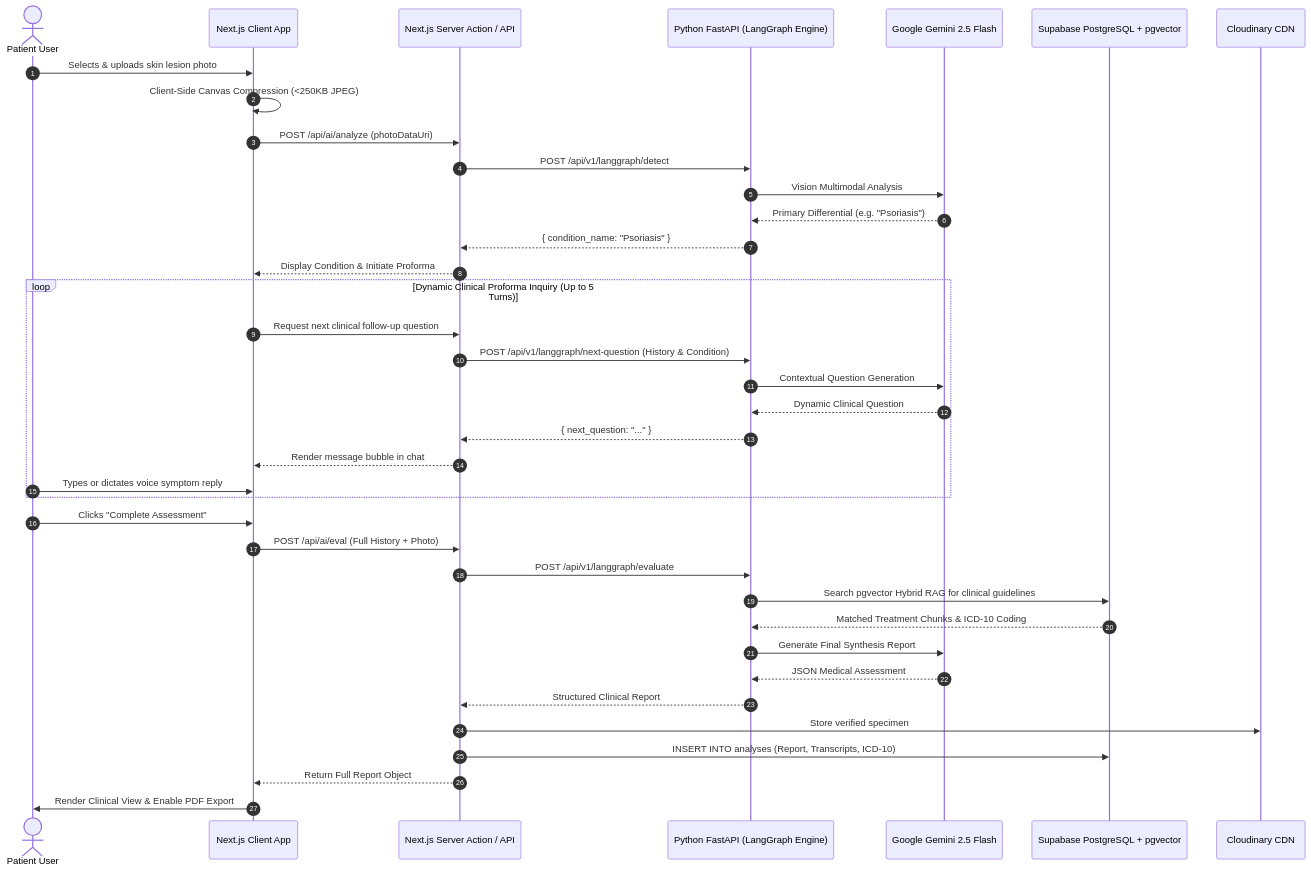
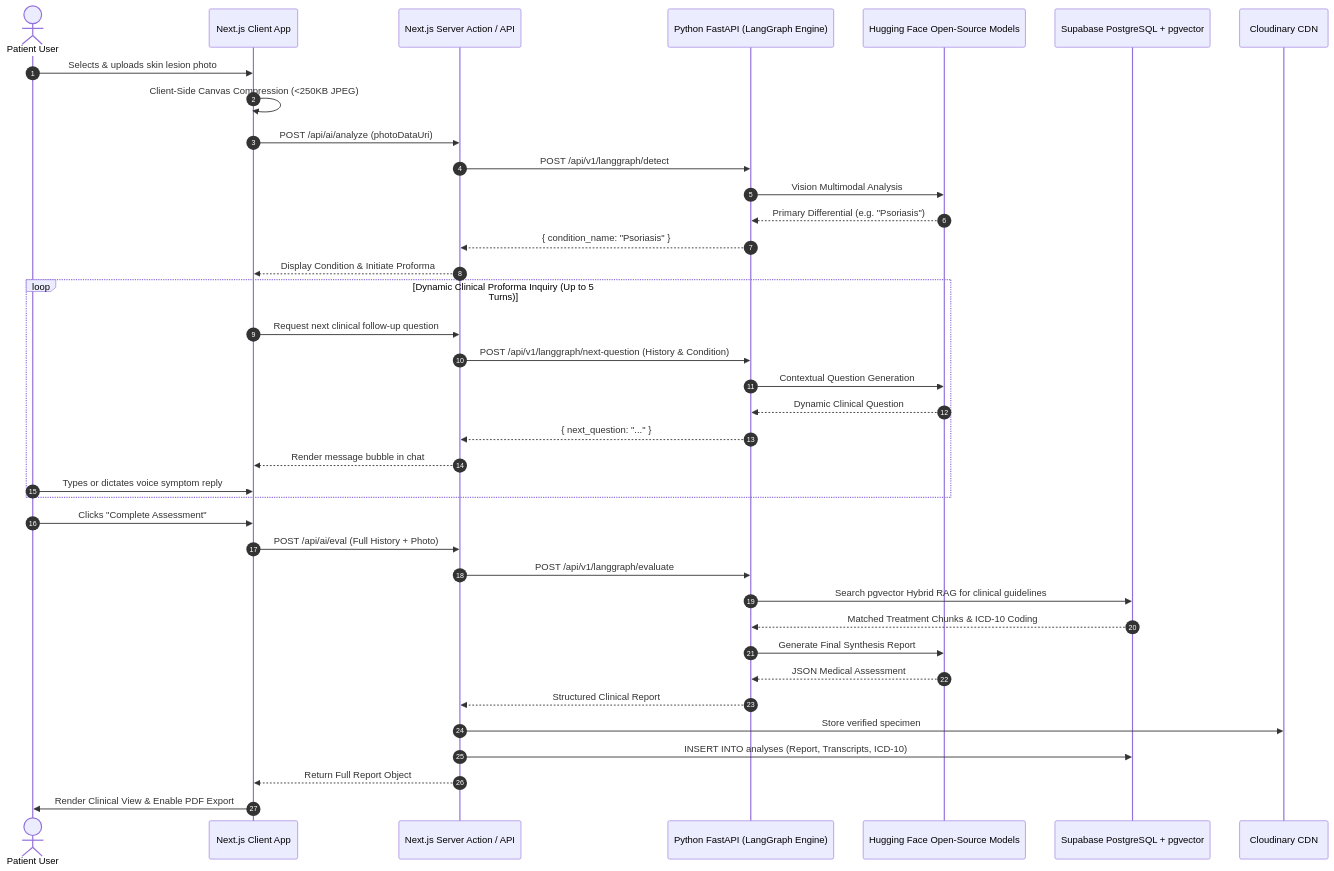
The fourth of 6 diagrams in ARCHITECTURE.md (salman-momin08/dermiassist), drawn with Mermaid before and after one commit. The commit also changed other lines of this file and 38 other files, not shown here.

````diff
--- a/ARCHITECTURE.md
+++ b/ARCHITECTURE.md
@@ -241,43 +241,43 @@
 ```mermaid
 sequenceDiagram
     autonumber
     actor Patient as Patient User
     participant UI as Next.js Client App
     participant NextServer as Next.js Server Action / API
     participant LangGraph as Python FastAPI (LangGraph Engine)
-    participant Gemini as Google Gemini 2.5 Flash
+    participant HF as Hugging Face Open-Source Models
     participant DB as Supabase PostgreSQL + pgvector
     participant Cloudinary as Cloudinary CDN
 
     Patient->>UI: Selects & uploads skin lesion photo
     UI->>UI: Client-Side Canvas Compression (<250KB JPEG)
     UI->>NextServer: POST /api/ai/analyze (photoDataUri)
     NextServer->>LangGraph: POST /api/v1/langgraph/detect
-    LangGraph->>Gemini: Vision Multimodal Analysis
-    Gemini-->>LangGraph: Primary Differential (e.g. "Psoriasis")
+    LangGraph->>HF: Vision Multimodal Analysis
+    HF-->>LangGraph: Primary Differential (e.g. "Psoriasis")
     LangGraph-->>NextServer: { condition_name: "Psoriasis" }
     NextServer-->>UI: Display Condition & Initiate Proforma
 
     loop Dynamic Clinical Proforma Inquiry (Up to 5 Turns)
         UI->>NextServer: Request next clinical follow-up question
         NextServer->>LangGraph: POST /api/v1/langgraph/next-question (History & Condition)
-        LangGraph->>Gemini: Contextual Question Generation
-        Gemini-->>LangGraph: Dynamic Clinical Question
+        LangGraph->>HF: Contextual Question Generation
+        HF-->>LangGraph: Dynamic Clinical Question
         LangGraph-->>NextServer: { next_question: "..." }
         NextServer-->>UI: Render message bubble in chat
         Patient->>UI: Types or dictates voice symptom reply
     end
 
     Patient->>UI: Clicks "Complete Assessment"
     UI->>NextServer: POST /api/ai/eval (Full History + Photo)
     NextServer->>LangGraph: POST /api/v1/langgraph/evaluate
     LangGraph->>DB: Search pgvector Hybrid RAG for clinical guidelines
     DB-->>LangGraph: Matched Treatment Chunks & ICD-10 Coding
-    LangGraph->>Gemini: Generate Final Synthesis Report
-    Gemini-->>LangGraph: JSON Medical Assessment
+    LangGraph->>HF: Generate Final Synthesis Report
+    HF-->>LangGraph: JSON Medical Assessment
     LangGraph-->>NextServer: Structured Clinical Report
     NextServer->>Cloudinary: Store verified specimen
     NextServer->>DB: INSERT INTO analyses (Report, Transcripts, ICD-10)
     NextServer-->>UI: Return Full Report Object
     UI->>Patient: Render Clinical View & Enable PDF Export
 ```
````
